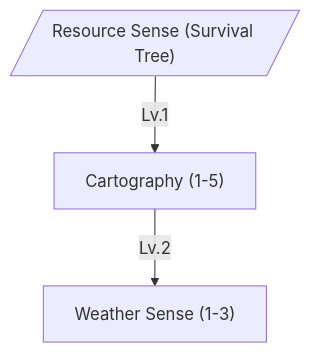
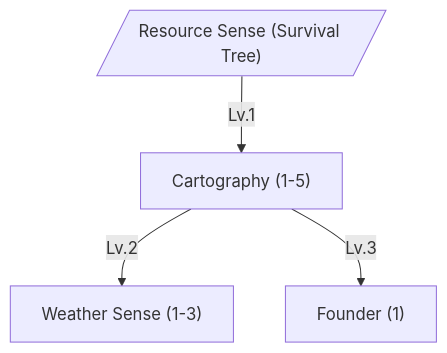
Before and after one commit to tfelix/bestia-docs: the eighth of 16 diagrams in content/docs/mechanics/master.md, drawn with Mermaid. The commit also changed other lines of this file, not shown here.

First line of the commit message:
Reorder the Scholar trunk and move Founder to the Prospector

````diff
--- a/content/docs/mechanics/master.md
+++ b/content/docs/mechanics/master.md
@@ -961,9 +966,11 @@
 ```mermaid
 graph TD
     ResourceSense[/"Resource Sense (Survival Tree)"/]
     Cartography["Cartography (1-5)"]
     WeatherSense["Weather Sense (1-3)"]
+    Founder["Founder (1)"]
 
     ResourceSense -->|Lv.1| Cartography
     Cartography -->|Lv.2| WeatherSense
+    Cartography -->|Lv.3| Founder
 ```
````
